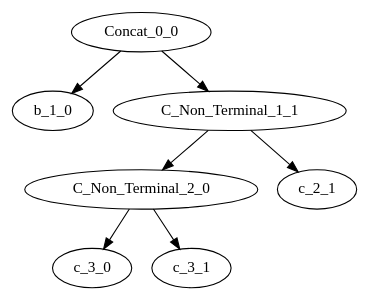
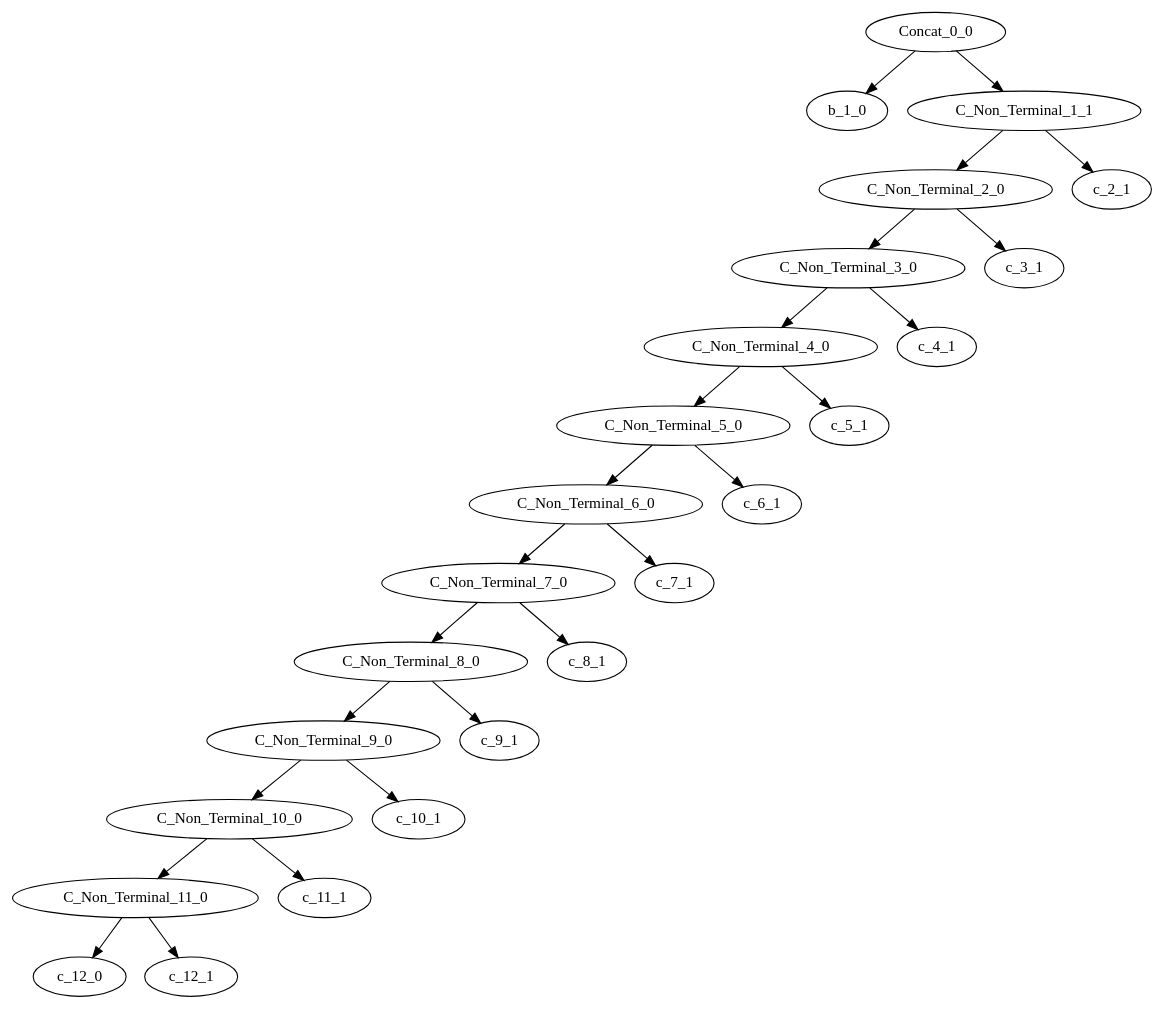
One commit to rishk19/CS335_Project changed the diagram in experiment/AST.dot. Above: the diagram before and after it, drawn with Graphviz. The commit also changed 5 other files, not shown here.

```diff
--- a/experiment/AST.dot
+++ b/experiment/AST.dot
@@ -1,9 +1,27 @@
 digraph AST{ 
 	Concat_0_0 ->{ b_1_0 ,C_Non_Terminal_1_1}
 	b_1_0 ->{}
 	C_Non_Terminal_1_1 ->{ C_Non_Terminal_2_0 ,c_2_1}
-	C_Non_Terminal_2_0 ->{ c_3_0 ,c_3_1}
-	c_3_0 ->{}
+	C_Non_Terminal_2_0 ->{ C_Non_Terminal_3_0 ,c_3_1}
+	C_Non_Terminal_3_0 ->{ C_Non_Terminal_4_0 ,c_4_1}
+	C_Non_Terminal_4_0 ->{ C_Non_Terminal_5_0 ,c_5_1}
+	C_Non_Terminal_5_0 ->{ C_Non_Terminal_6_0 ,c_6_1}
+	C_Non_Terminal_6_0 ->{ C_Non_Terminal_7_0 ,c_7_1}
+	C_Non_Terminal_7_0 ->{ C_Non_Terminal_8_0 ,c_8_1}
+	C_Non_Terminal_8_0 ->{ C_Non_Terminal_9_0 ,c_9_1}
+	C_Non_Terminal_9_0 ->{ C_Non_Terminal_10_0 ,c_10_1}
+	C_Non_Terminal_10_0 ->{ C_Non_Terminal_11_0 ,c_11_1}
+	C_Non_Terminal_11_0 ->{ c_12_0 ,c_12_1}
+	c_12_0 ->{}
+	c_12_1 ->{}
+	c_11_1 ->{}
+	c_10_1 ->{}
+	c_9_1 ->{}
+	c_8_1 ->{}
+	c_7_1 ->{}
+	c_6_1 ->{}
+	c_5_1 ->{}
+	c_4_1 ->{}
 	c_3_1 ->{}
 	c_2_1 ->{}
 } 
```
